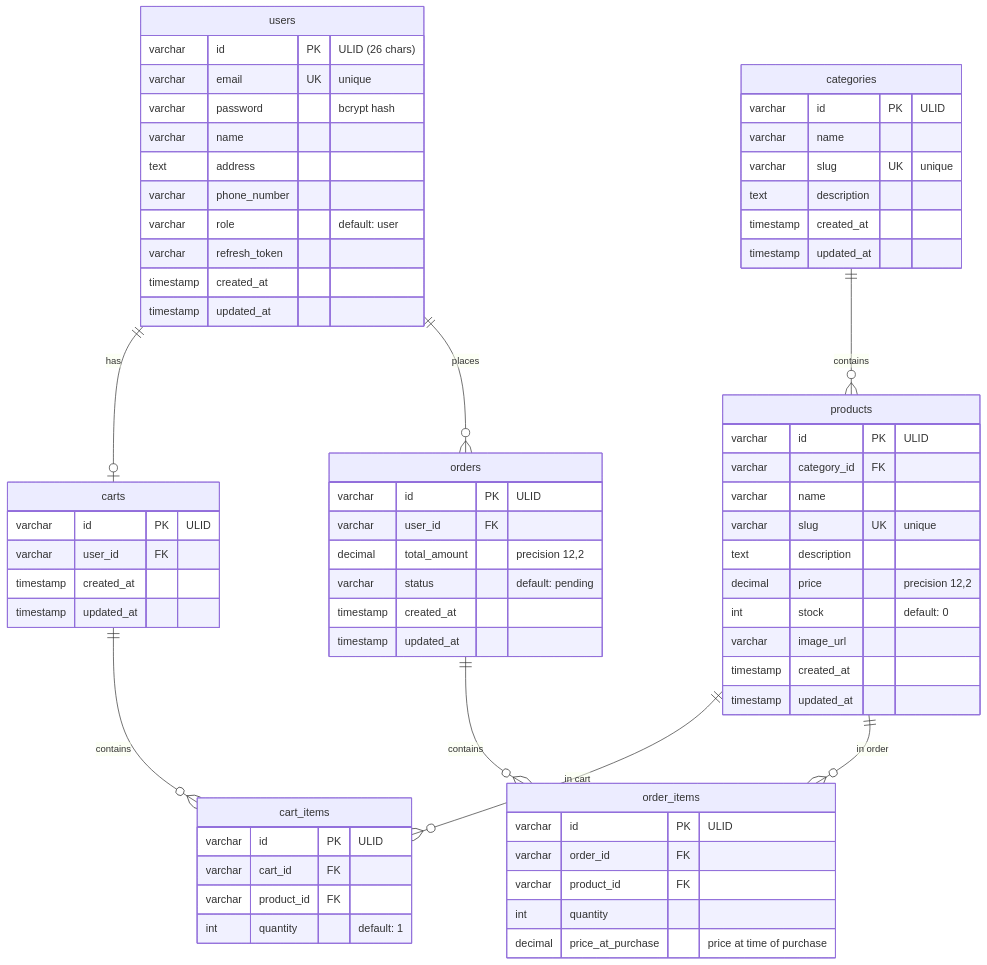
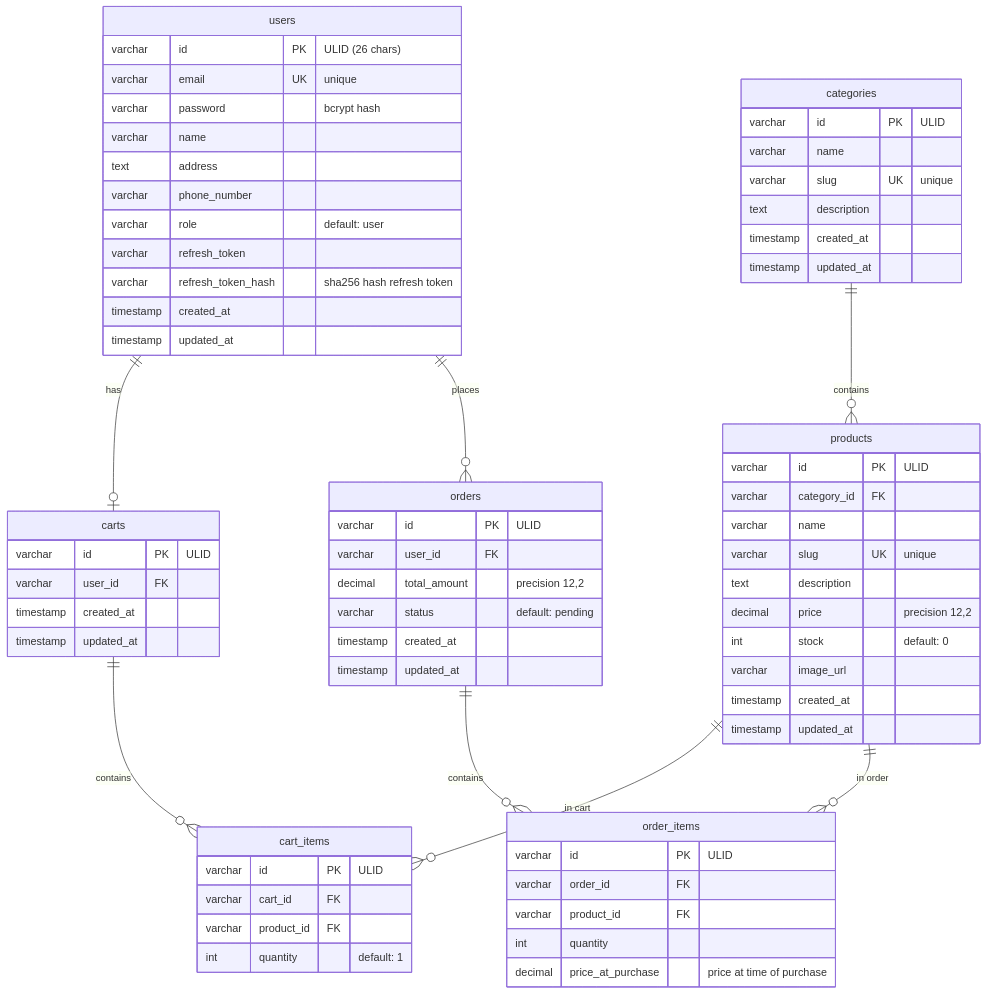
Before and after one commit to skripsi-me/backend: the seventh of 7 diagrams in docs/ARCHITECTURE.md, drawn with Mermaid. The commit also changed 15 other files, not shown here.

````diff
--- a/docs/ARCHITECTURE.md
+++ b/docs/ARCHITECTURE.md
@@ -245,76 +245,77 @@
 ```mermaid
 erDiagram
     users ||--o| carts : "has"
     users ||--o{ orders : "places"
     categories ||--o{ products : "contains"
     products ||--o{ cart_items : "in cart"
     products ||--o{ order_items : "in order"
     carts ||--o{ cart_items : "contains"
     orders ||--o{ order_items : "contains"
 
     users {
         varchar id PK "ULID (26 chars)"
         varchar email UK "unique"
         varchar password "bcrypt hash"
         varchar name
         text address
         varchar phone_number
         varchar role "default: user"
         varchar refresh_token
+        varchar refresh_token_hash "sha256 hash refresh token"
         timestamp created_at
         timestamp updated_at
     }
 
     categories {
         varchar id PK "ULID"
         varchar name
         varchar slug UK "unique"
         text description
         timestamp created_at
         timestamp updated_at
     }
 
     products {
         varchar id PK "ULID"
         varchar category_id FK
         varchar name
         varchar slug UK "unique"
         text description
         decimal price "precision 12,2"
         int stock "default: 0"
         varchar image_url
         timestamp created_at
         timestamp updated_at
     }
 
     carts {
         varchar id PK "ULID"
         varchar user_id FK
         timestamp created_at
         timestamp updated_at
     }
 
     cart_items {
         varchar id PK "ULID"
         varchar cart_id FK
         varchar product_id FK
         int quantity "default: 1"
     }
 
     orders {
         varchar id PK "ULID"
         varchar user_id FK
         decimal total_amount "precision 12,2"
         varchar status "default: pending"
         timestamp created_at
         timestamp updated_at
     }
 
     order_items {
         varchar id PK "ULID"
         varchar order_id FK
         varchar product_id FK
         int quantity
         decimal price_at_purchase "price at time of purchase"
     }
 ```
````
